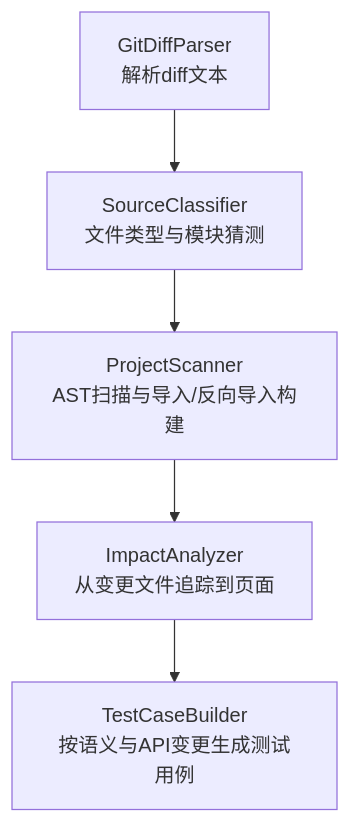
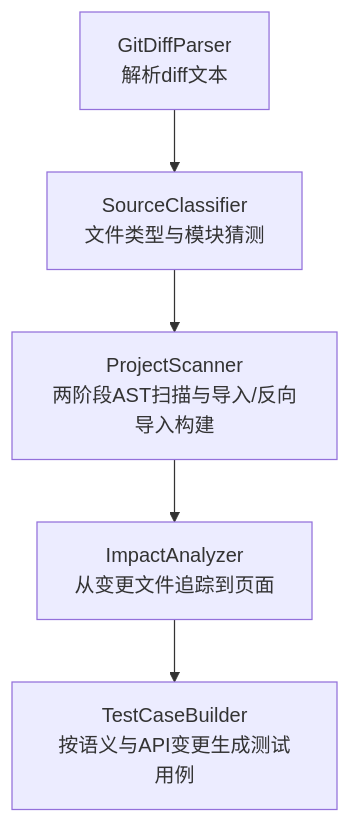
The second of 11 diagrams in .qoder/repowiki/zh/content/核心功能/核心功能.md (brand-new-remo/frontend-impact-analyzer), drawn with Mermaid before and after one commit. The commit also changed other lines of this file and 8 other files, not shown here.

````diff
--- a/.qoder/repowiki/zh/content/核心功能/核心功能.md
+++ b/.qoder/repowiki/zh/content/核心功能/核心功能.md
@@ -50,7 +108,7 @@
 ```mermaid
 graph TB
 A["GitDiffParser<br/>解析diff文本"] --> B["SourceClassifier<br/>文件类型与模块猜测"]
-B --> C["ProjectScanner<br/>AST扫描与导入/反向导入构建"]
+B --> C["ProjectScanner<br/>两阶段AST扫描与导入/反向导入构建"]
 C --> D["ImpactAnalyzer<br/>从变更文件追踪到页面"]
 D --> E["TestCaseBuilder<br/>按语义与API变更生成测试用例"]
 ```
````
